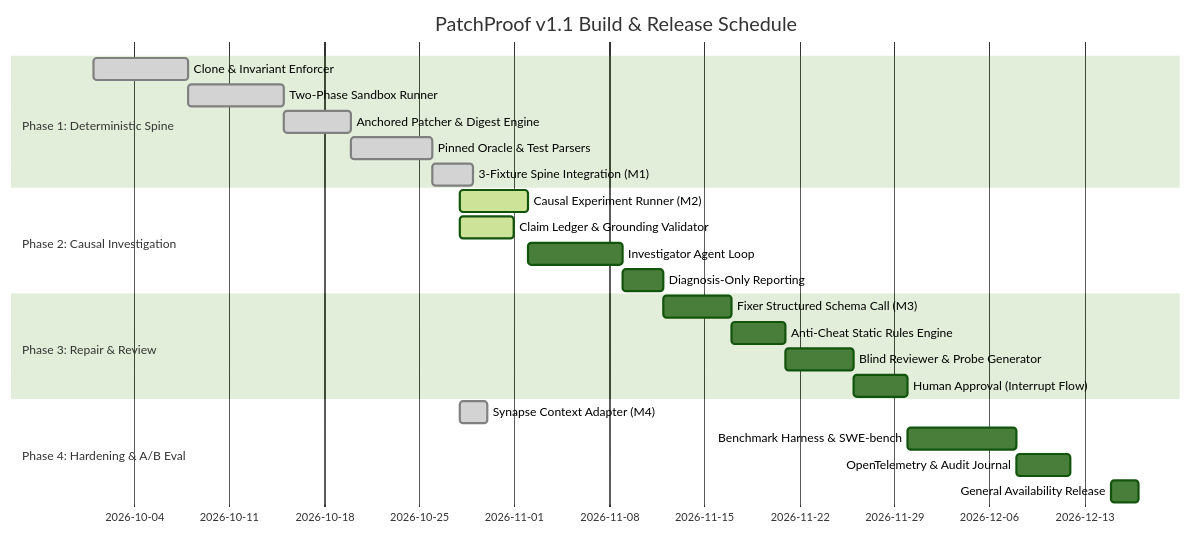
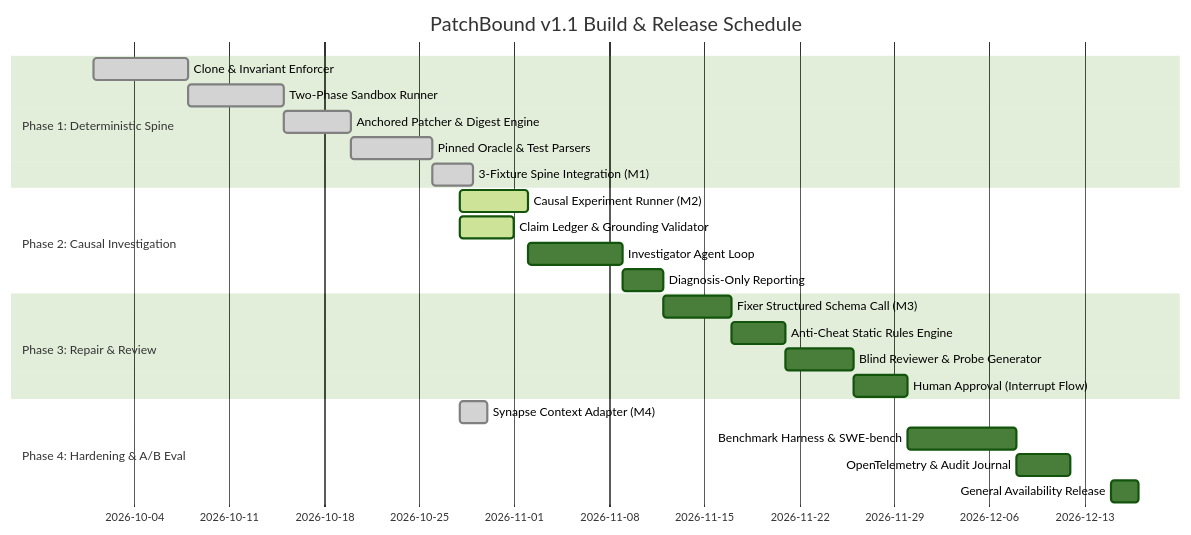
One commit to saahilpal/patchbound changed the fourth of 4 diagrams in docs/PRD.md. Above: the diagram before and after it, drawn with Mermaid (forest theme). The commit also changed other lines of this file and 212 other files, not shown here.

Commit message:
feat(rebrand): migrate project to PatchBound (patchbound), complete Phase 4 repository overhaul, and senior-level architecture

````diff
--- a/docs/PRD.md
+++ b/docs/PRD.md
@@ -272,26 +272,26 @@
 ```mermaid
 gantt
-    title PatchProof v1.1 Build & Release Schedule
+    title PatchBound v1.1 Build & Release Schedule
     dateFormat  YYYY-MM-DD
     section Phase 1: Deterministic Spine
     Clone & Invariant Enforcer       :done, p1_1, 2026-10-01, 7d
     Two-Phase Sandbox Runner         :done, p1_2, 2026-10-08, 7d
     Anchored Patcher & Digest Engine :done, p1_3, 2026-10-15, 5d
     Pinned Oracle & Test Parsers     :done, p1_4, 2026-10-20, 6d
     3-Fixture Spine Integration (M1) :done, p1_5, 2026-10-26, 3d
     section Phase 2: Causal Investigation
     Causal Experiment Runner (M2)    :active, p2_1, 2026-10-28, 5d
     Claim Ledger & Grounding Validator:active, p2_2, 2026-10-28, 4d
     Investigator Agent Loop          :p2_3, 2026-11-02, 7d
     Diagnosis-Only Reporting         :p2_4, 2026-11-09, 3d
     section Phase 3: Repair & Review
     Fixer Structured Schema Call (M3):p3_1, 2026-11-12, 5d
     Anti-Cheat Static Rules Engine   :p3_2, 2026-11-17, 4d
     Blind Reviewer & Probe Generator :p3_3, 2026-11-21, 5d
     Human Approval (Interrupt Flow)  :p3_4, 2026-11-26, 4d
     section Phase 4: Hardening & A/B Eval
     Synapse Context Adapter (M4)     :done, p4_1, 2026-10-28, 2d
     Benchmark Harness & SWE-bench    :p4_2, 2026-11-30, 8d
     OpenTelemetry & Audit Journal    :p4_3, 2026-12-08, 4d
     General Availability Release     :p4_4, 2026-12-15, 2d
 ```
````
